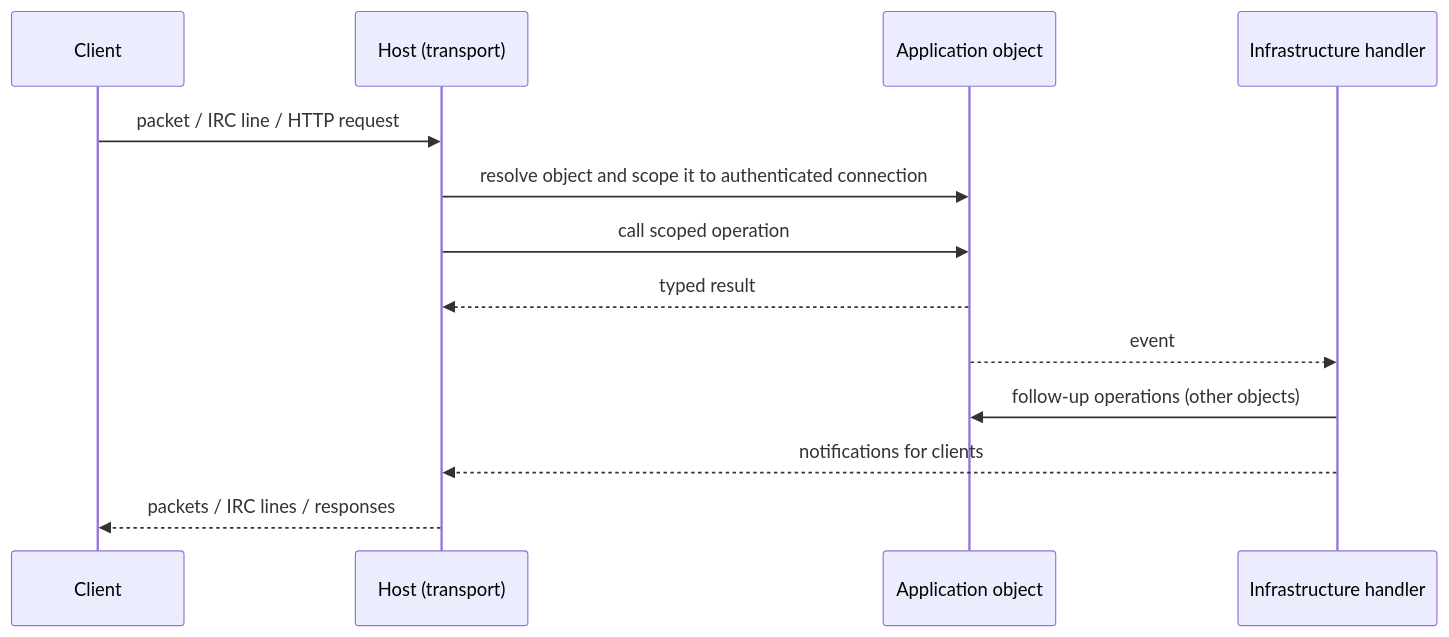
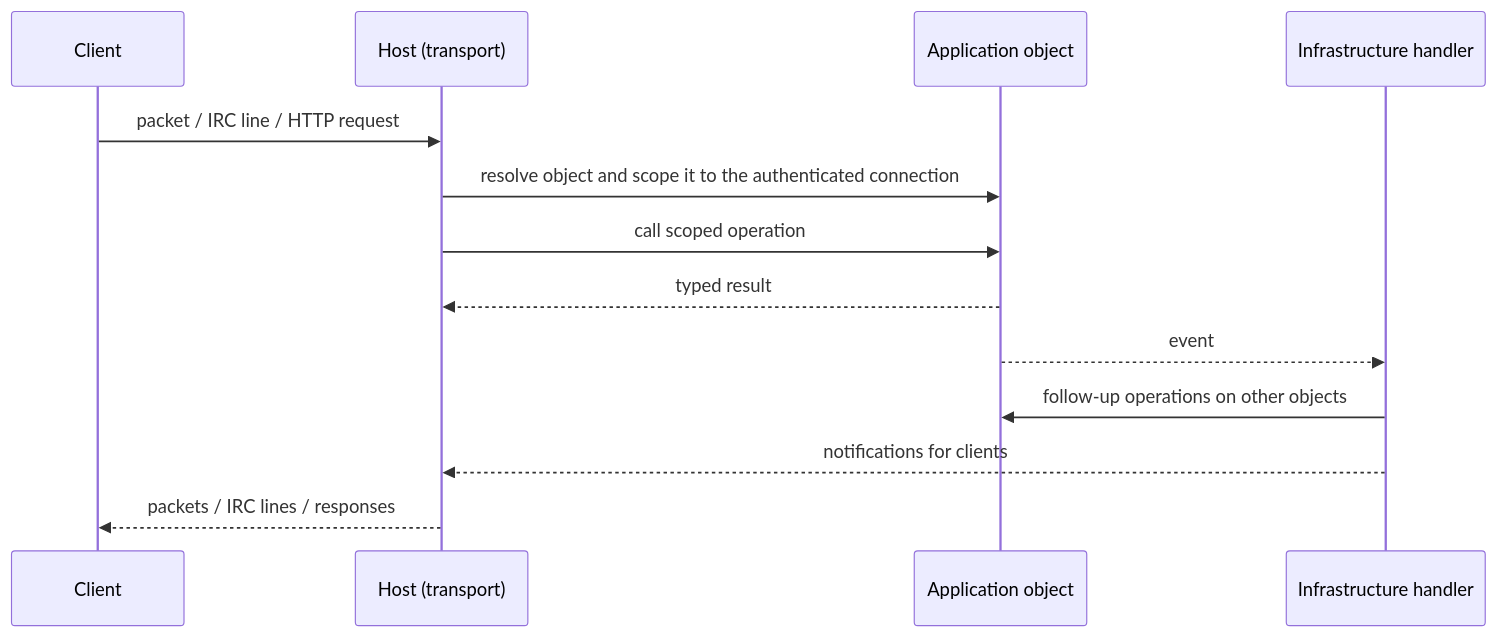
One commit to thnhmai06/osuBasil changed the diagram in docs/for-developers/architecture.md. Above: the diagram before and after it, drawn with Mermaid. The commit also changed other lines of this file and 19 other files, not shown here.

First line of the commit message:
docs: close the Host phase, add the host architecture rules

````diff
--- a/docs/for-developers/architecture.md
+++ b/docs/for-developers/architecture.md
@@ -268,15 +156,15 @@
 ```mermaid
 sequenceDiagram
     participant C as Client
     participant H as Host (transport)
     participant A as Application object
     participant I as Infrastructure handler
     C->>H: packet / IRC line / HTTP request
-    H->>A: resolve object and scope it to authenticated connection
+    H->>A: resolve object and scope it to the authenticated connection
     H->>A: call scoped operation
     A-->>H: typed result
     A-->>I: event
-    I->>A: follow-up operations (other objects)
+    I->>A: follow-up operations on other objects
     I-->>H: notifications for clients
     H-->>C: packets / IRC lines / responses
 ```
````
